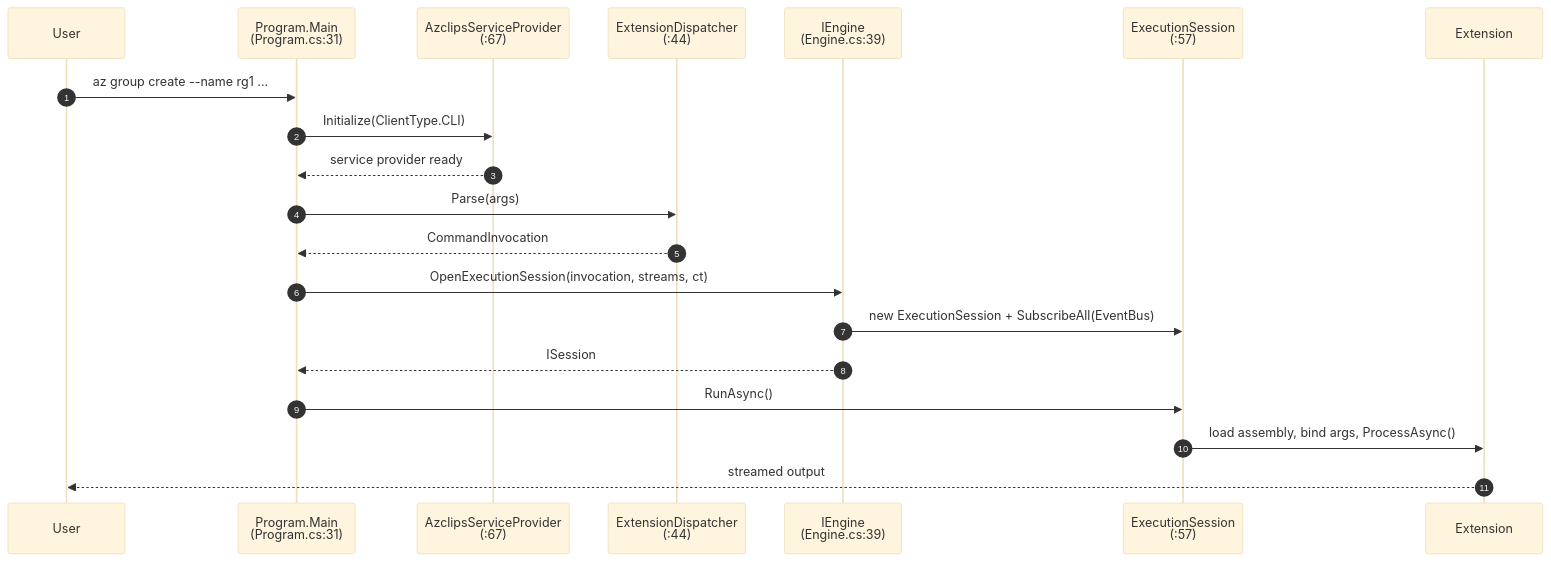
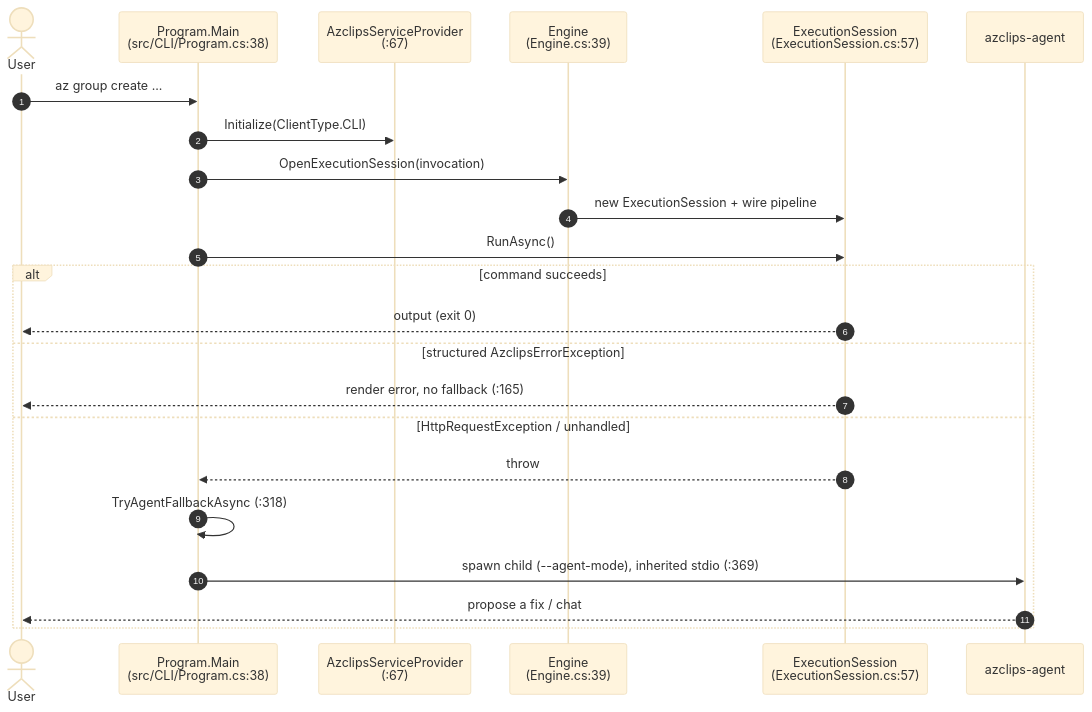
The second of 2 diagrams in wiki/01-getting-started/overview.md (Azure/azclips), drawn with Mermaid (base theme) before and after one commit. The commit also changed other lines of this file and 34 other files, not shown here.

First line of the commit message:
docs(wiki): refresh generated architecture documentation

````diff
--- a/wiki/01-getting-started/overview.md
+++ b/wiki/01-getting-started/overview.md
@@ -84,23 +94,26 @@
 ```mermaid
 sequenceDiagram
     autonumber
-    participant User
-    participant Main as Program.Main<br>(Program.cs:31)
+    actor User
+    participant Main as Program.Main<br>(src/CLI/Program.cs:38)
     participant DI as AzclipsServiceProvider<br>(:67)
-    participant Disp as ExtensionDispatcher<br>(:44)
-    participant Eng as IEngine<br>(Engine.cs:39)
-    participant Sess as ExecutionSession<br>(:57)
-    participant Ext as Extension
+    participant Engine as Engine<br>(Engine.cs:39)
+    participant Session as ExecutionSession<br>(ExecutionSession.cs:57)
+    participant Agent as azclips-agent
 
-    User->>Main: az group create --name rg1 ...
+    User->>Main: az group create ...
     Main->>DI: Initialize(ClientType.CLI)
-    DI-->>Main: service provider ready
-    Main->>Disp: Parse(args)
-    Disp-->>Main: CommandInvocation
-    Main->>Eng: OpenExecutionSession(invocation, streams, ct)
-    Eng->>Sess: new ExecutionSession + SubscribeAll(EventBus)
-    Eng-->>Main: ISession
-    Main->>Sess: RunAsync()
-    Sess->>Ext: load assembly, bind args, ProcessAsync()
-    Ext-->>User: streamed output
+    Main->>Engine: OpenExecutionSession(invocation)
+    Engine->>Session: new ExecutionSession + wire pipeline
+    Main->>Session: RunAsync()
+    alt command succeeds
+        Session-->>User: output (exit 0)
+    else structured AzclipsErrorException
+        Session-->>User: render error, no fallback (:165)
+    else HttpRequestException / unhandled
+        Session-->>Main: throw
+        Main->>Main: TryAgentFallbackAsync (:318)
+        Main->>Agent: spawn child (--agent-mode), inherited stdio (:369)
+        Agent-->>User: propose a fix / chat
+    end
 ```
````
